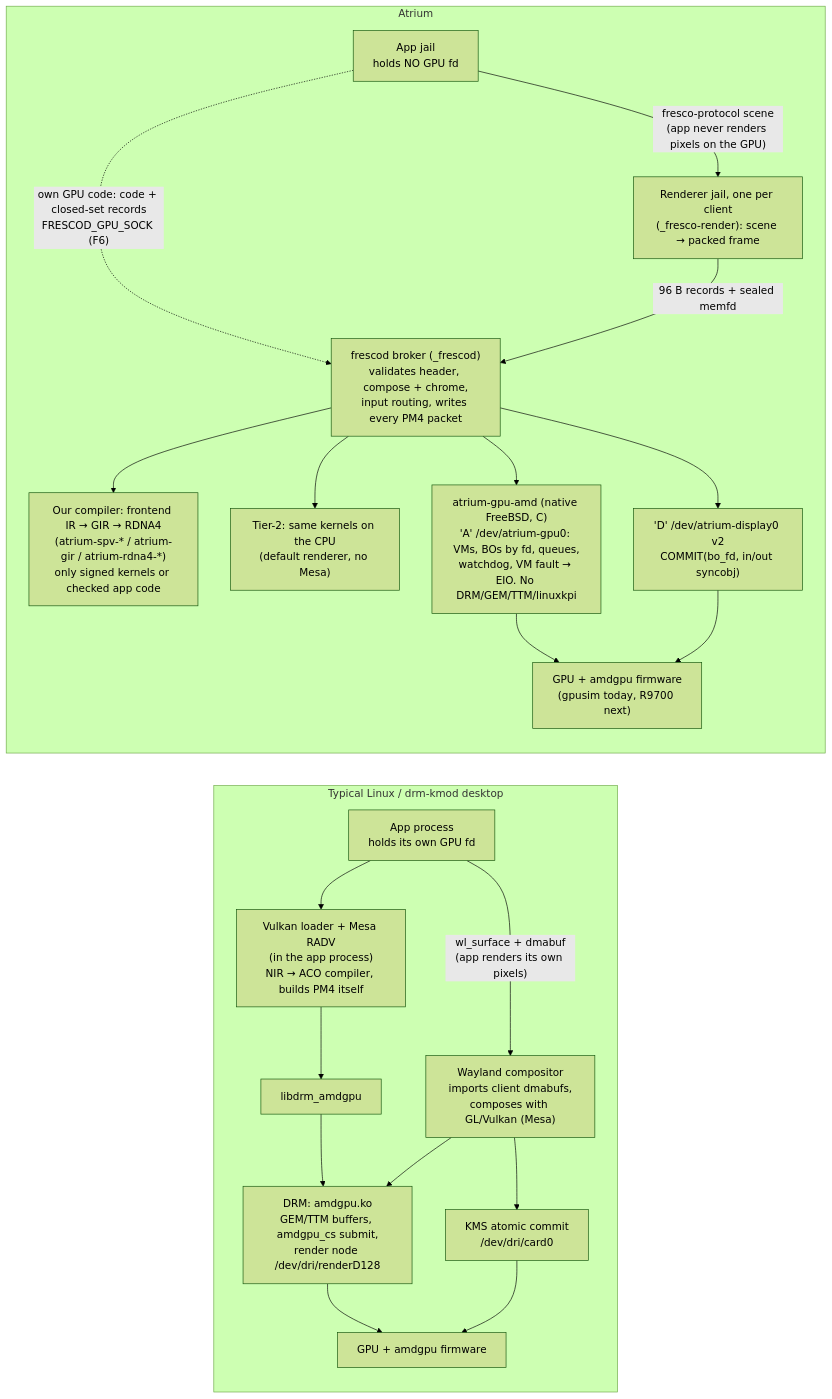
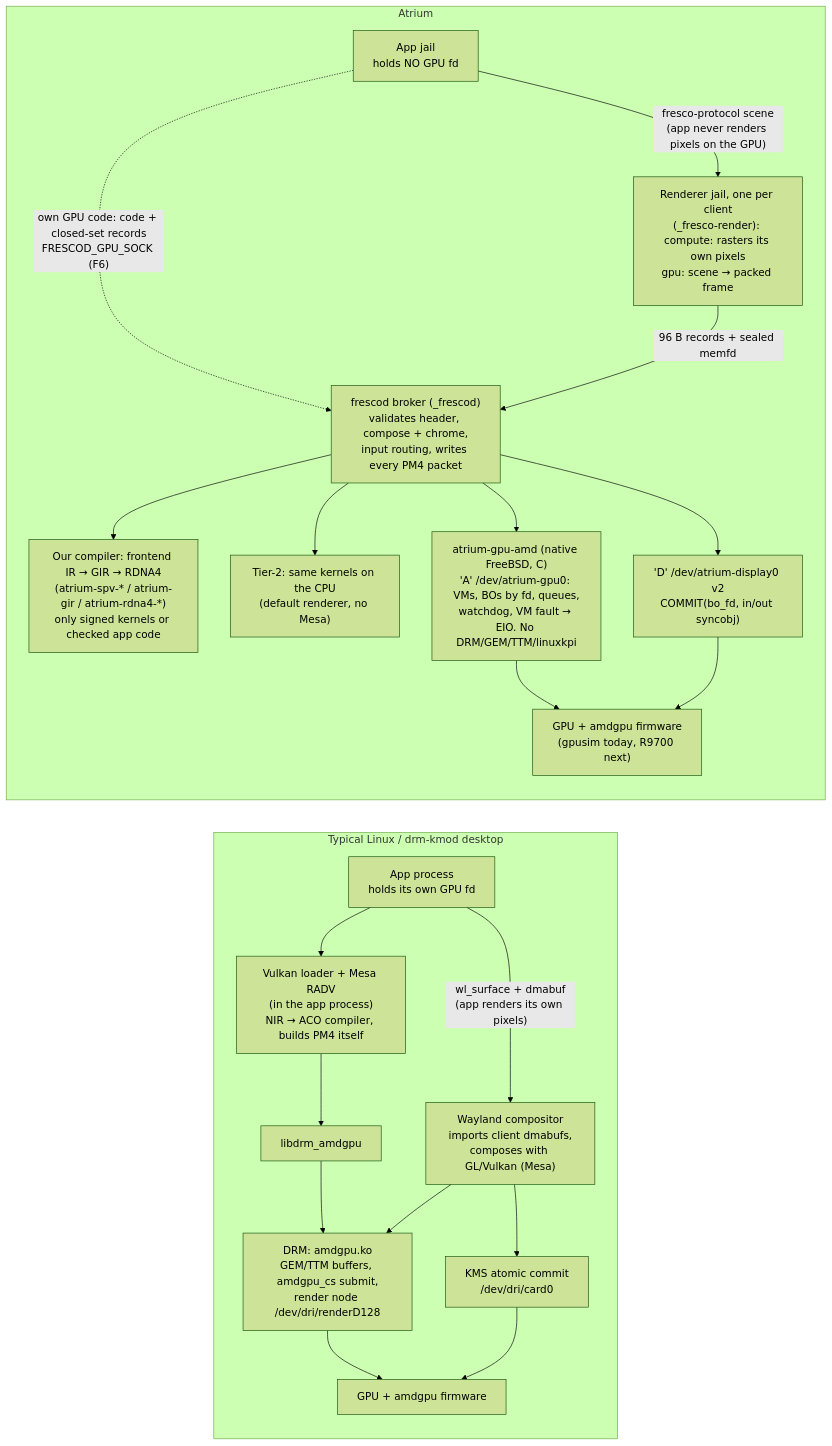
One commit to atrium-os/atrium changed the first of 2 diagrams in docs/GRAPHICS-STACK.md. Above: the diagram before and after it, drawn with Mermaid (forest theme). The commit also changed other lines of this file and 2 other files, not shown here.

First line of the commit message:
docs: F4g (compute renderer rasters in the client's jail); bespoke x86_64 Tier-2 phases 1-3

````diff
--- a/docs/GRAPHICS-STACK.md
+++ b/docs/GRAPHICS-STACK.md
@@ -61,37 +61,37 @@
 ```mermaid
 flowchart LR
   subgraph LNX["Typical Linux / drm-kmod desktop"]
     direction TB
     LA["App process<br/>holds its own GPU fd"]
     LV["Vulkan loader + Mesa RADV<br/>(in the app process)<br/>NIR → ACO compiler, builds PM4 itself"]
     LD["libdrm_amdgpu"]
     LW["Wayland compositor<br/>imports client dmabufs,<br/>composes with GL/Vulkan (Mesa)"]
     LK["DRM: amdgpu.ko<br/>GEM/TTM buffers, amdgpu_cs submit,<br/>render node /dev/dri/renderD128"]
     LM["KMS atomic commit<br/>/dev/dri/card0"]
     LH["GPU + amdgpu firmware"]
     LA --> LV --> LD --> LK
     LA -- "wl_surface + dmabuf<br/>(app renders its own pixels)" --> LW
     LW --> LK
     LW --> LM --> LH
     LK --> LH
   end
 
   subgraph ATR["Atrium"]
     direction TB
     AA["App jail<br/>holds NO GPU fd"]
-    AR["Renderer jail, one per client<br/>(_fresco-render): scene → packed frame"]
+    AR["Renderer jail, one per client<br/>(_fresco-render): compute: rasters its own pixels<br/>gpu: scene → packed frame"]
     AF["frescod broker (_frescod)<br/>validates header, compose + chrome,<br/>input routing, writes every PM4 packet"]
     AC["Our compiler: frontend IR → GIR → RDNA4<br/>(atrium-spv-* / atrium-gir / atrium-rdna4-*)<br/>only signed kernels or checked app code"]
     AT["Tier-2: same kernels on the CPU<br/>(default renderer, no Mesa)"]
     AK["atrium-gpu-amd (native FreeBSD, C)<br/>'A' /dev/atrium-gpu0: VMs, BOs by fd, queues,<br/>watchdog, VM fault → EIO. No DRM/GEM/TTM/linuxkpi"]
     AD["'D' /dev/atrium-display0 v2<br/>COMMIT(bo_fd, in/out syncobj)"]
     AH["GPU + amdgpu firmware<br/>(gpusim today, R9700 next)"]
     AA -- "fresco-protocol scene<br/>(app never renders pixels on the GPU)" --> AR
     AA -. "own GPU code: code + closed-set records<br/>FRESCOD_GPU_SOCK (F6)" .-> AF
     AR -- "96 B records + sealed memfd" --> AF
     AF --> AC
     AF --> AT
     AF --> AK --> AH
     AF --> AD --> AH
   end
 ```
````
